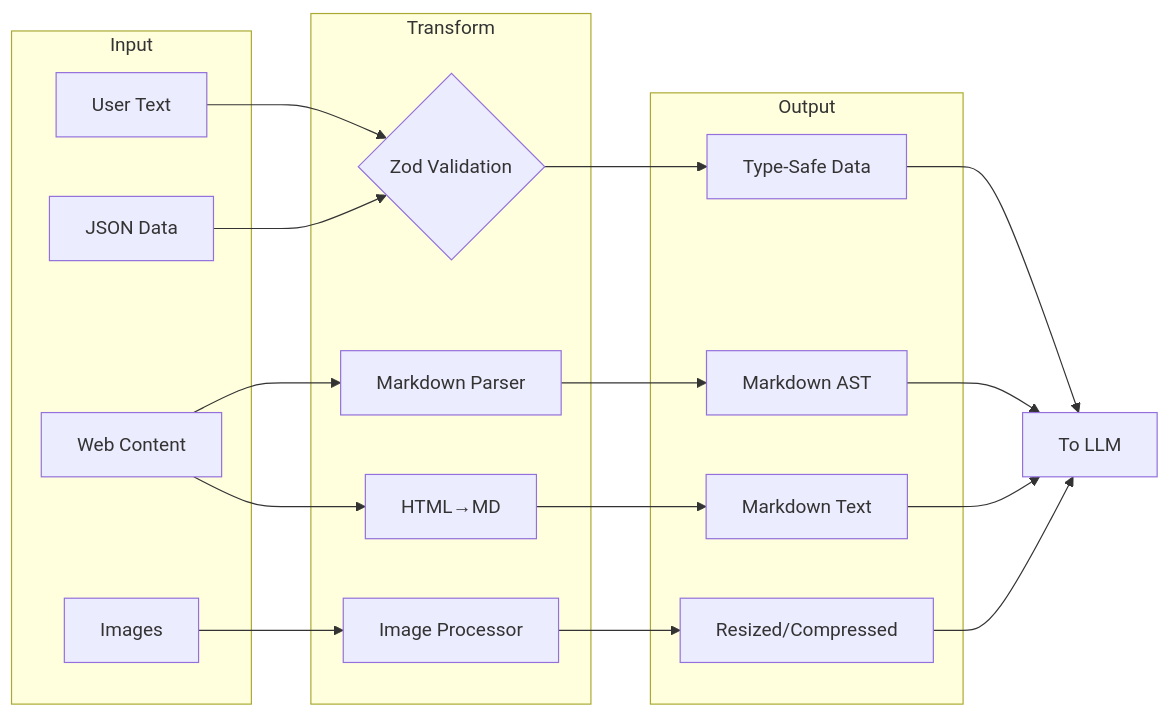
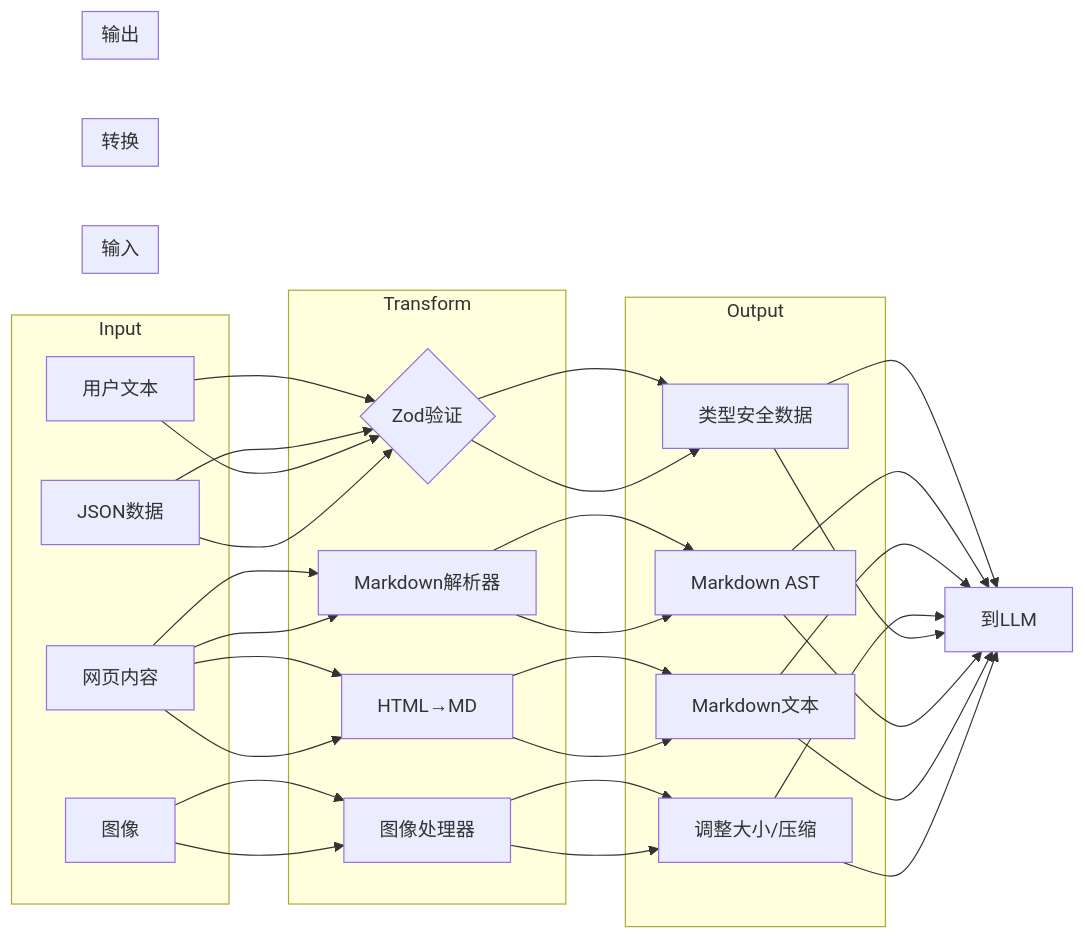
One commit to hanshuang-ai/BLOG changed the first of 2 diagrams in source/_posts/claude-code基础架构.md. Above: the diagram before and after it, drawn with Mermaid. The commit also changed other lines of this file and 10 other files, not shown here.

````diff
--- a/source/_posts/claude-code基础架构.md
+++ b/source/_posts/claude-code基础架构.md
@@ -189,30 +239,57 @@
 ```mermaid
 graph LR
     subgraph Input
         UserText[User Text]
         WebContent[Web Content]
         Images[Images]
         JSON[JSON Data]
     end
 
     subgraph Transform
         UserText --> Zod{Zod Validation}
         WebContent --> Marked[Markdown Parser]
         WebContent --> Turndown[HTML→MD]
         Images --> Sharp[Image Processor]
         JSON --> Zod
     end
 
     subgraph Output
         Zod --> ValidatedData[Type-Safe Data]
         Marked --> MarkdownAST[Markdown AST]
         Turndown --> MarkdownText[Markdown Text]
         Sharp --> OptimizedImage[Resized/Compressed]
     end
 
     ValidatedData --> LLM[To LLM]
     MarkdownAST --> LLM
     MarkdownText --> LLM
     OptimizedImage --> LLM
 
+    subgraph 输入
+        UserText[用户文本]
+        WebContent[网页内容]
+        Images[图像]
+        JSON[JSON数据]
+    end
+
+    subgraph 转换
+        UserText --> Zod{Zod验证}
+        WebContent --> Marked[Markdown解析器]
+        WebContent --> Turndown[HTML→MD]
+        Images --> Sharp[图像处理器]
+        JSON --> Zod
+    end
+
+    subgraph 输出
+        Zod --> ValidatedData[类型安全数据]
+        Marked --> MarkdownAST[Markdown AST]
+        Turndown --> MarkdownText[Markdown文本]
+        Sharp --> OptimizedImage[调整大小/压缩]
+    end
+
+    ValidatedData --> LLM[到LLM]
+    MarkdownAST --> LLM
+    MarkdownText --> LLM
+    OptimizedImage --> LLM
+
 ```
````
